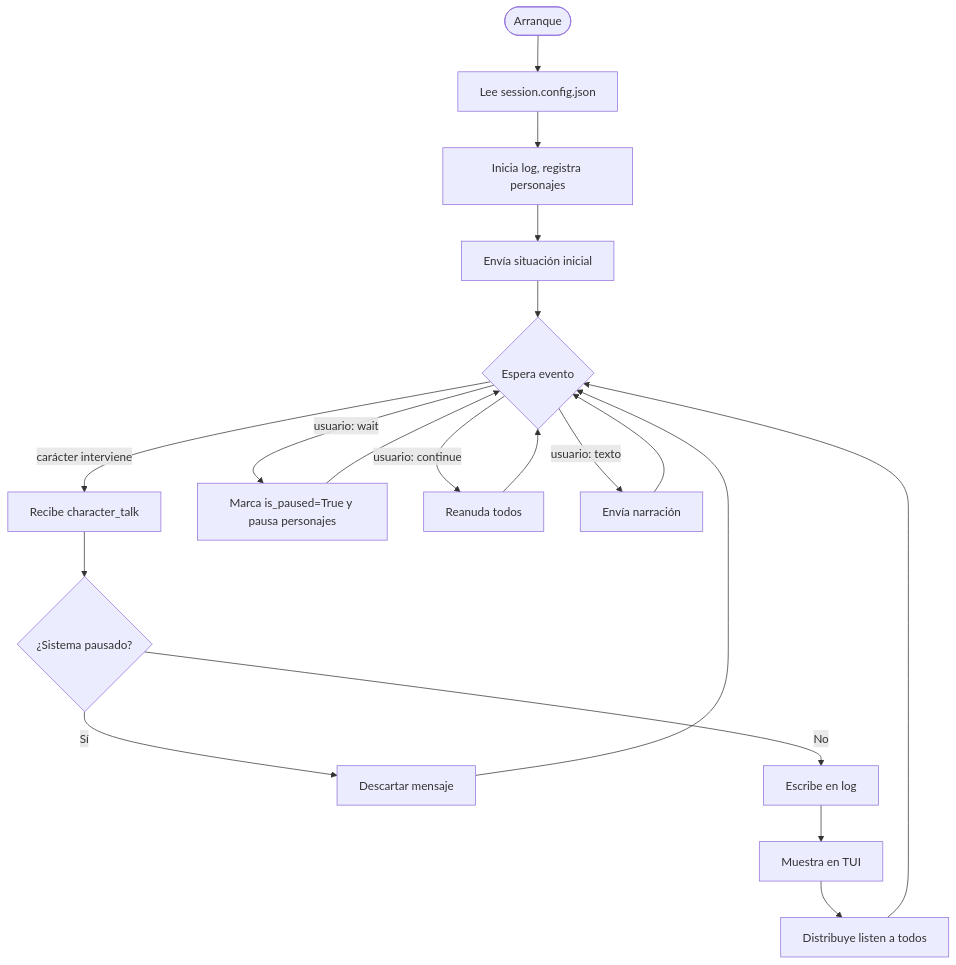
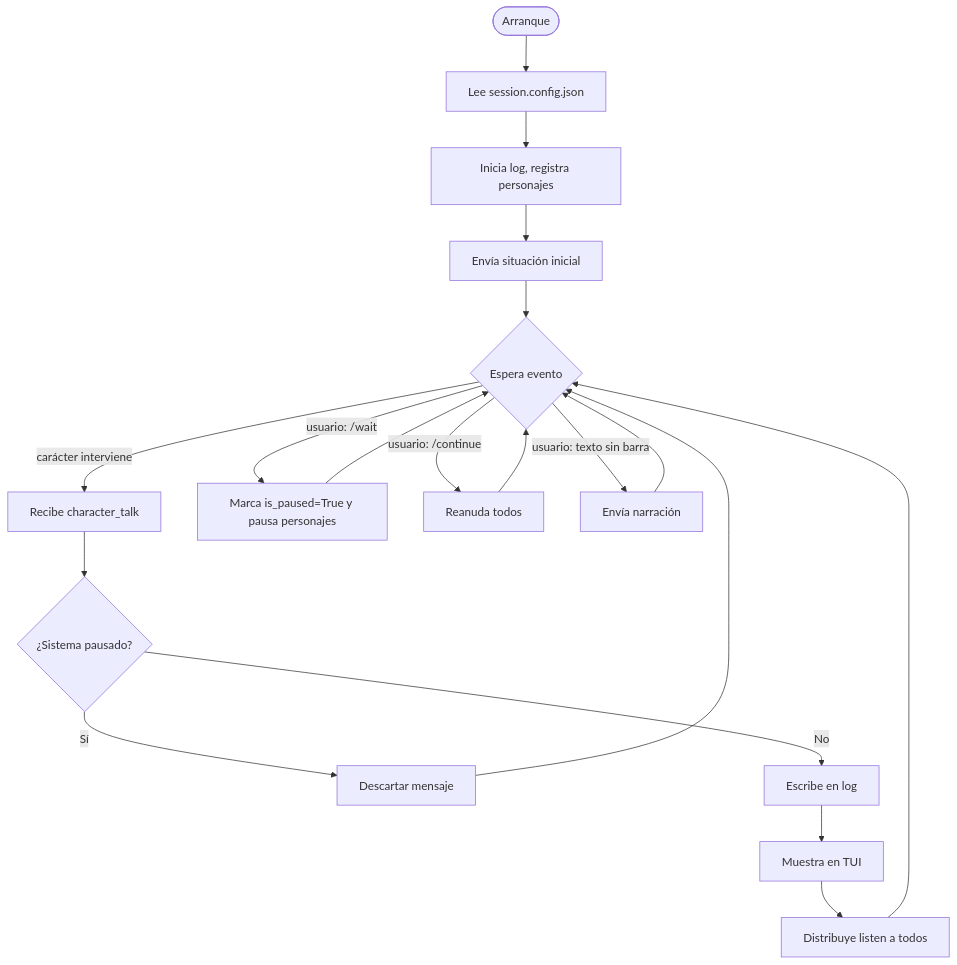
Before and after one commit to yeyopepe/PerSSim: the fifth of 5 diagrams in interact/docs/design.md, drawn with Mermaid. The commit also changed other lines of this file and 5 other files, not shown here.

````diff
--- a/interact/docs/design.md
+++ b/interact/docs/design.md
@@ -550,21 +550,21 @@
 ```mermaid
 flowchart TD
     A([Arranque]) --> B[Lee session.config.json]
     B --> C[Inicia log, registra personajes]
     C --> D[Envía situación inicial]
     D --> E{Espera evento}
     E -->|carácter interviene| F[Recibe character_talk]
     F --> F2{¿Sistema pausado?}
     F2 -->|Sí| F3[Descartar mensaje]
     F3 --> E
     F2 -->|No| G[Escribe en log]
     G --> H[Muestra en TUI]
     H --> I[Distribuye listen a todos]
     I --> E
-    E -->|usuario: wait| J[Marca is_paused=True y pausa personajes]
-    E -->|usuario: continue| K[Reanuda todos]
-    E -->|usuario: texto| L[Envía narración]
+    E -->|usuario: /wait| J[Marca is_paused=True y pausa personajes]
+    E -->|usuario: /continue| K[Reanuda todos]
+    E -->|usuario: texto sin barra| L[Envía narración]
     J --> E
     K --> E
     L --> E
 ```
````
